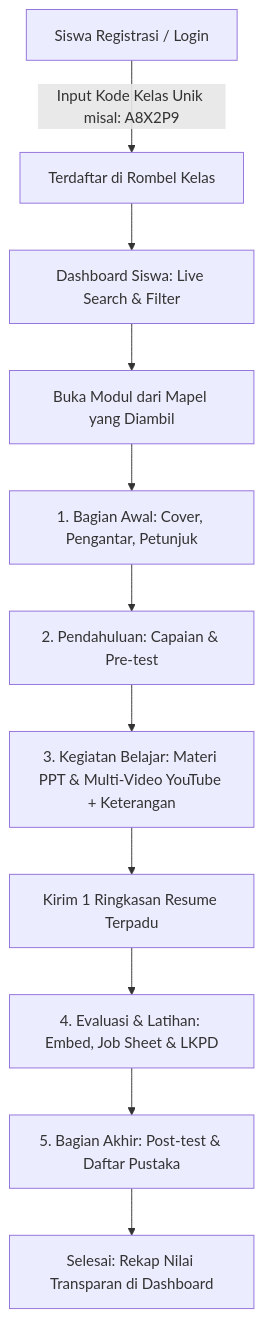
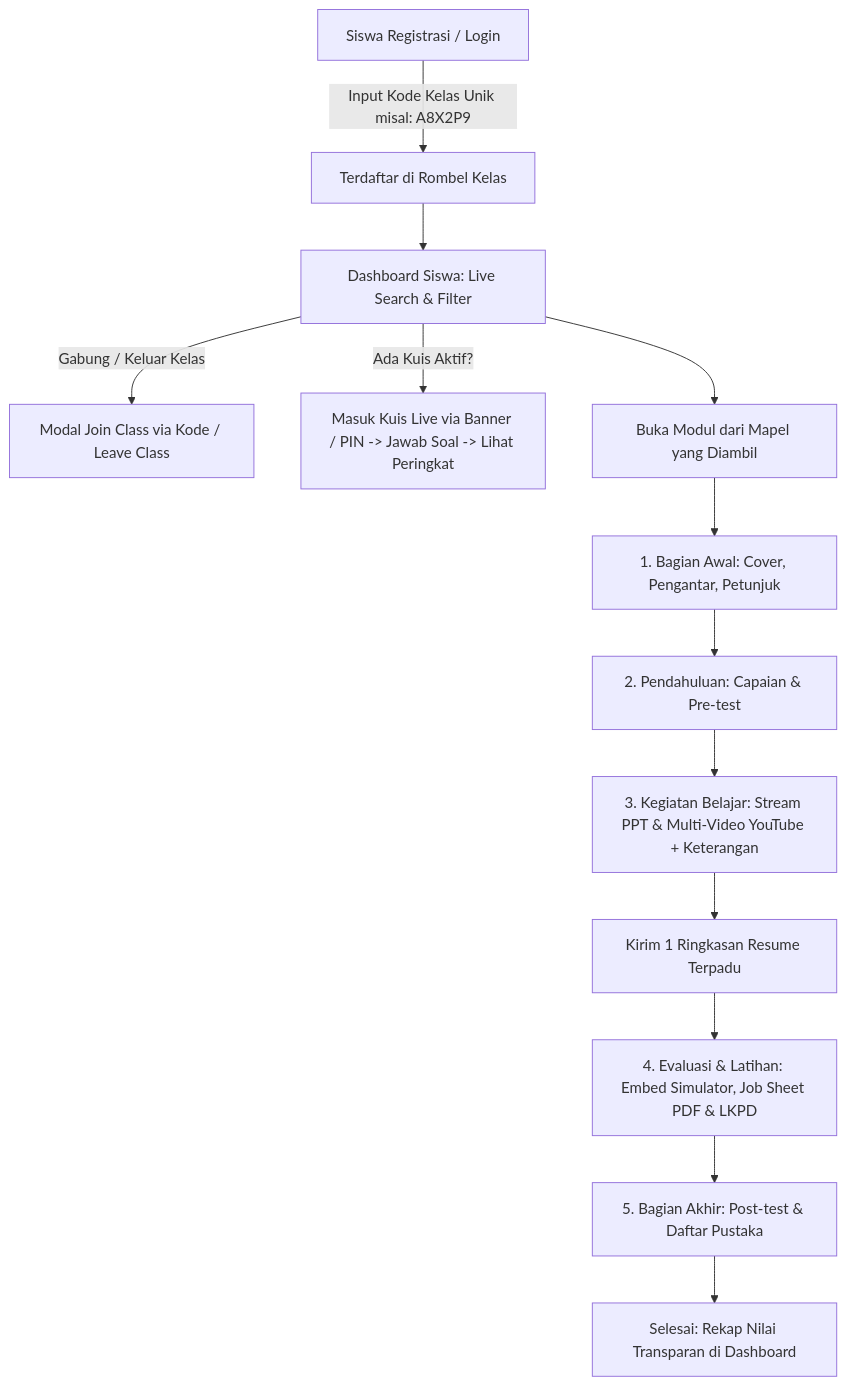
The third of 5 diagrams in prd.md (AdiLamunedo21/e-modul), drawn with Mermaid before and after one commit. The commit also changed other lines of this file, not shown here.

Commit message:
docs(prd): perbarui prd.md dengan fitur kuis live, kenaikan kelas, import excel, dual-role switcher, dan siklus modul kelas terkini

````diff
--- a/prd.md
+++ b/prd.md
@@ -291,13 +387,15 @@
 ```mermaid
 graph TD
     A[Siswa Registrasi / Login] -->|Input Kode Kelas Unik misal: A8X2P9| A1[Terdaftar di Rombel Kelas]
     A1 --> B[Dashboard Siswa: Live Search & Filter]
+    B -->|Gabung / Keluar Kelas| B1[Modal Join Class via Kode / Leave Class]
+    B -->|Ada Kuis Aktif?| B2[Masuk Kuis Live via Banner / PIN -> Jawab Soal -> Lihat Peringkat]
     B --> C[Buka Modul dari Mapel yang Diambil]
     C --> D[1. Bagian Awal: Cover, Pengantar, Petunjuk]
     D --> E[2. Pendahuluan: Capaian & Pre-test]
-    E --> F[3. Kegiatan Belajar: Materi PPT & Multi-Video YouTube + Keterangan]
+    E --> F[3. Kegiatan Belajar: Stream PPT & Multi-Video YouTube + Keterangan]
     F --> G[Kirim 1 Ringkasan Resume Terpadu]
-    G --> H[4. Evaluasi & Latihan: Embed, Job Sheet & LKPD]
+    G --> H[4. Evaluasi & Latihan: Embed Simulator, Job Sheet PDF & LKPD]
     H --> I[5. Bagian Akhir: Post-test & Daftar Pustaka]
     I --> J[Selesai: Rekap Nilai Transparan di Dashboard]
 ```
````
